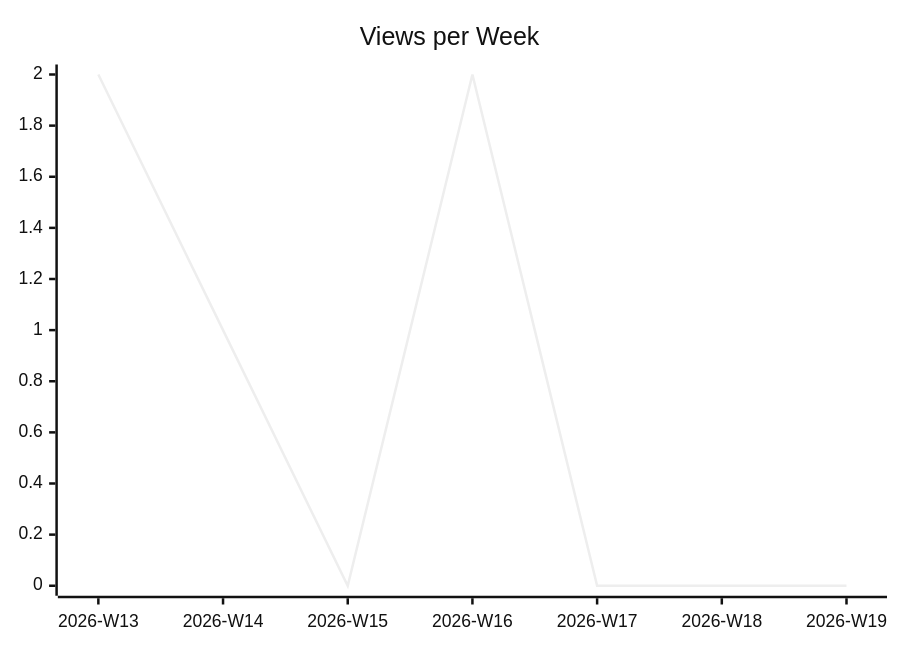
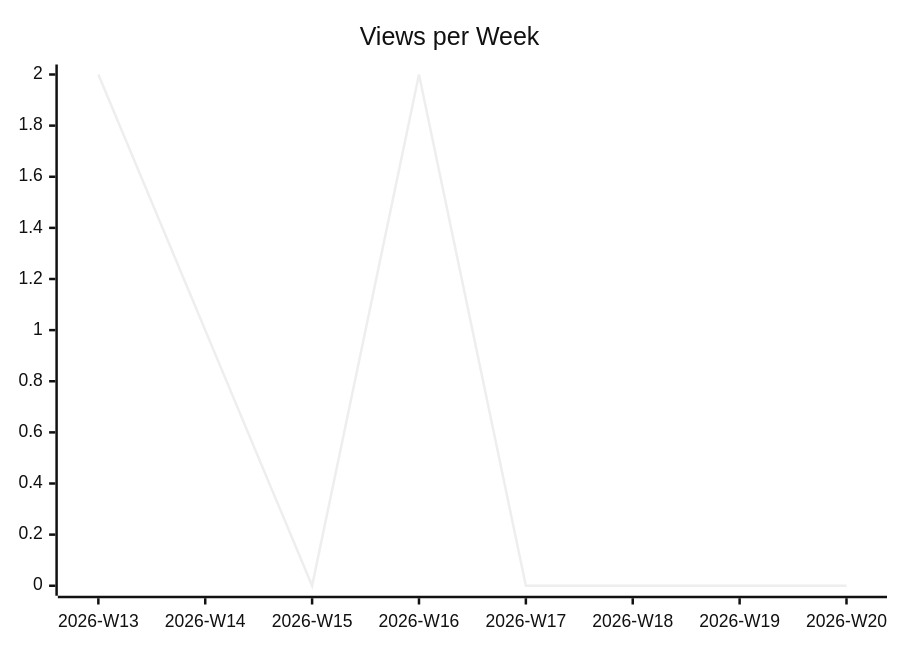
The second of 3 diagrams in karlmdavis/ansible-role-bind-dns/README.md (justdavis-family/github-analytics-data), drawn with Mermaid (neutral theme) before and after one commit. The commit also changed other lines of this file and 190 other files, not shown here.

````diff
--- a/karlmdavis/ansible-role-bind-dns/README.md
+++ b/karlmdavis/ansible-role-bind-dns/README.md
@@ -12,6 +12,6 @@
 ```mermaid
 xychart-beta
   title "Views per Week"
-  x-axis ["2026-W13", "2026-W14", "2026-W15", "2026-W16", "2026-W17", "2026-W18", "2026-W19"]
-  line [2, 1, 0, 2, 0, 0, 0]
+  x-axis ["2026-W13", "2026-W14", "2026-W15", "2026-W16", "2026-W17", "2026-W18", "2026-W19", "2026-W20"]
+  line [2, 1, 0, 2, 0, 0, 0, 0]
 ```
````
